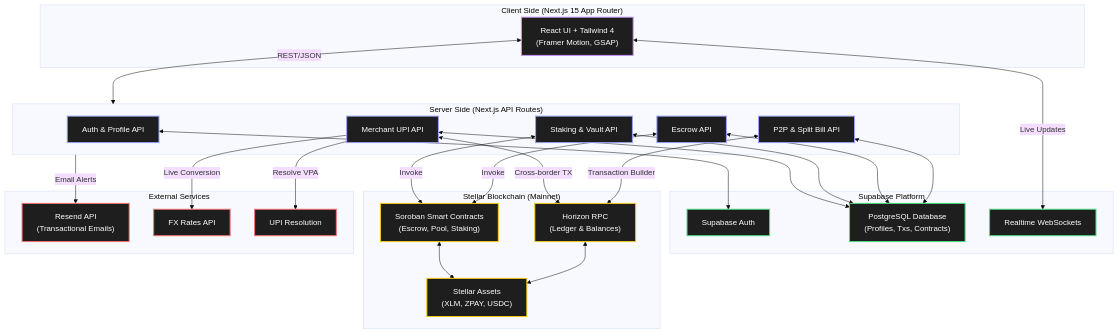
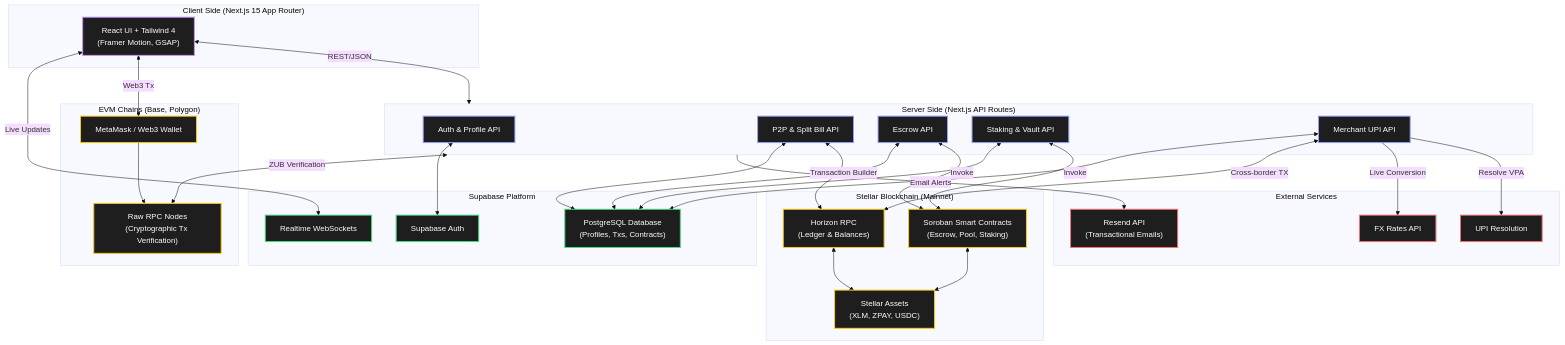
Before and after one commit to Div1912/Z-Pay: the diagram in README.md, drawn with Mermaid (base theme). The commit also changed other lines of this file, not shown here.

Commit message:
docs: update README with ZUB features, architecture, and Vercel badge

````diff
--- a/README.md
+++ b/README.md
@@ -226,73 +233,81 @@
 ```mermaid
 graph TD
     %% Styling
     classDef frontend fill:#1e1e1e,stroke:#C694F9,stroke-width:2px,color:#fff,border-radius:8px;
     classDef backend fill:#1e1e1e,stroke:#94A1F9,stroke-width:2px,color:#fff,border-radius:8px;
     classDef db fill:#1e1e1e,stroke:#4ade80,stroke-width:2px,color:#fff,border-radius:8px;
     classDef blockchain fill:#1e1e1e,stroke:#facc15,stroke-width:2px,color:#fff,border-radius:8px;
     classDef external fill:#1e1e1e,stroke:#f87171,stroke-width:2px,color:#fff,border-radius:8px;
 
     %% Components
     subgraph Client ["Client Side (Next.js 15 App Router)"]
         UI["React UI + Tailwind 4<br/>(Framer Motion, GSAP)"]
     end
 
     subgraph Server ["Server Side (Next.js API Routes)"]
         AuthAPI["Auth & Profile API"]
         PaymentAPI["P2P & Split Bill API"]
         ContractAPI["Escrow API"]
         SavingsAPI["Staking & Vault API"]
         MerchantAPI["Merchant UPI API"]
     end
 
     subgraph Infrastructure ["Supabase Platform"]
         AuthDB["Supabase Auth"]
         PG["PostgreSQL Database<br/>(Profiles, Txs, Contracts)"]
         Realtime["Realtime WebSockets"]
     end
 
     subgraph Stellar ["Stellar Blockchain (Mainnet)"]
         Horizon["Horizon RPC<br/>(Ledger & Balances)"]
         Soroban["Soroban Smart Contracts<br/>(Escrow, Pool, Staking)"]
         Asset["Stellar Assets<br/>(XLM, ZPAY, USDC)"]
     end
 
+    subgraph EVM ["EVM Chains (Base, Polygon)"]
+        RPC["Raw RPC Nodes<br/>(Cryptographic Tx Verification)"]
+        MetaMask["MetaMask / Web3 Wallet"]
+    end
+
     subgraph External ["External Services"]
         Email["Resend API<br/>(Transactional Emails)"]
         FX["FX Rates API"]
         UPI["UPI Resolution"]
     end
 
     %% Client Interactions
     UI <-->|REST/JSON| Server
     UI <-->|Live Updates| Realtime
+    UI <-->|Web3 Tx| MetaMask
 
     %% Server Interactions with DB
     AuthAPI <--> AuthDB
     PaymentAPI <--> PG
     ContractAPI <--> PG
     SavingsAPI <--> PG
     MerchantAPI <--> PG
 
     %% Server Interactions with Blockchain
     PaymentAPI <-->|Transaction Builder| Horizon
     MerchantAPI <-->|Cross-border TX| Horizon
     ContractAPI <-->|Invoke| Soroban
     SavingsAPI <-->|Invoke| Soroban
+    Server <-->|ZUB Verification| RPC
 
     %% External
     Server -->|Email Alerts| Email
     MerchantAPI -->|Live Conversion| FX
     MerchantAPI -->|Resolve VPA| UPI
 
     %% Internal Blockchain
     Horizon <--> Asset
     Soroban <--> Asset
+    MetaMask --> RPC
 
     %% Apply Styles
     class UI frontend;
     class AuthAPI,PaymentAPI,ContractAPI,SavingsAPI,MerchantAPI backend;
     class AuthDB,PG,Realtime db;
-    class Horizon,Soroban,Asset blockchain;
+    class Horizon,Soroban,Asset,RPC,MetaMask blockchain;
     class Email,FX,UPI external;
 ```
````
